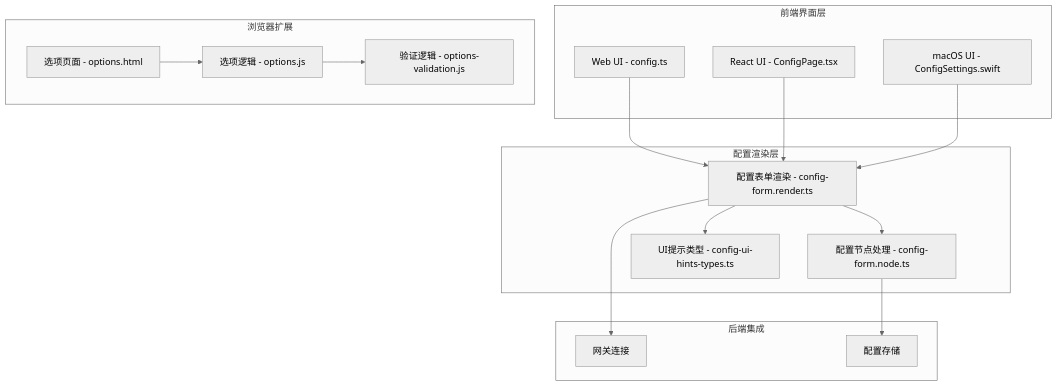
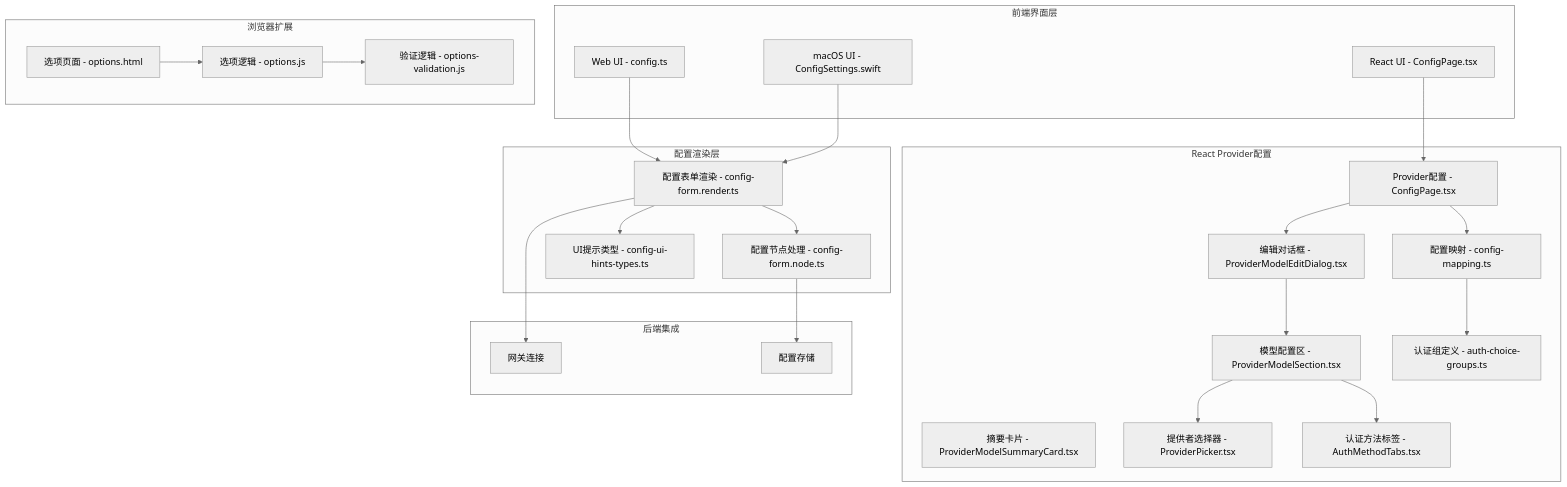
Before and after one commit to verse-ai-org/openclaw: the first of 8 diagrams in .qoder/repowiki/zh/content/Web界面/配置页面增强.md, drawn with Mermaid (neutral theme). The commit also changed other lines of this file and 11 other files, not shown here.

````diff
--- a/.qoder/repowiki/zh/content/Web界面/配置页面增强.md
+++ b/.qoder/repowiki/zh/content/Web界面/配置页面增强.md
@@ -47,31 +55,47 @@
 ```mermaid
 graph TB
 subgraph "前端界面层"
 UI[Web UI - config.ts]
 ReactUI[React UI - ConfigPage.tsx]
 MacUI[macOS UI - ConfigSettings.swift]
 end
 subgraph "配置渲染层"
 FormRender[配置表单渲染 - config-form.render.ts]
 FormNode[配置节点处理 - config-form.node.ts]
 Hints[UI提示类型 - config-ui-hints-types.ts]
 end
 subgraph "浏览器扩展"
 OptionsHTML[选项页面 - options.html]
 OptionsJS[选项逻辑 - options.js]
 ValidationJS[验证逻辑 - options-validation.js]
 end
+subgraph "React Provider配置"
+ProviderConfig[Provider配置 - ConfigPage.tsx]
+EditDialog[编辑对话框 - ProviderModelEditDialog.tsx]
+ModelSection[模型配置区 - ProviderModelSection.tsx]
+SummaryCard[摘要卡片 - ProviderModelSummaryCard.tsx]
+Picker[提供者选择器 - ProviderPicker.tsx]
+AuthTabs[认证方法标签 - AuthMethodTabs.tsx]
+Mapping[配置映射 - config-mapping.ts]
+Groups[认证组定义 - auth-choice-groups.ts]
+end
 subgraph "后端集成"
 Gateway[网关连接]
 ConfigStore[配置存储]
 end
 UI --> FormRender
-ReactUI --> FormRender
+ReactUI --> ProviderConfig
 MacUI --> FormRender
 FormRender --> FormNode
 FormRender --> Hints
 OptionsHTML --> OptionsJS
 OptionsJS --> ValidationJS
+ProviderConfig --> EditDialog
+EditDialog --> ModelSection
+ModelSection --> Picker
+ModelSection --> AuthTabs
+ProviderConfig --> Mapping
+Mapping --> Groups
 FormRender --> Gateway
 FormNode --> ConfigStore
 ```
````
